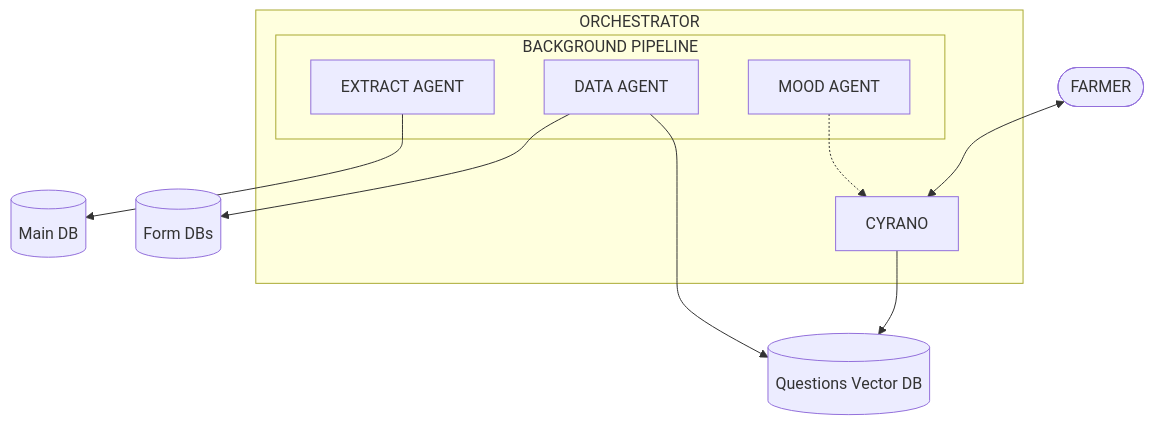
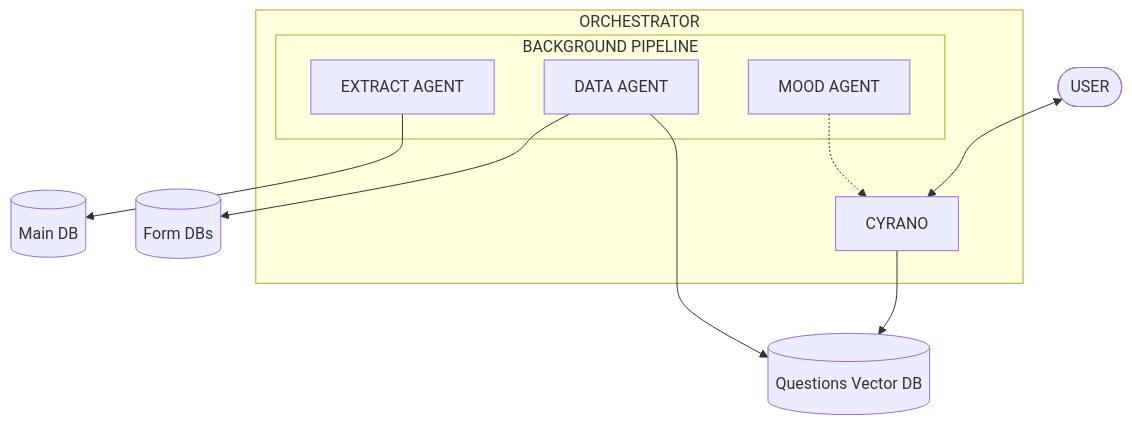
Before and after one commit to deepdmk/cyrano-agent: the diagram in README.md, drawn with Mermaid. The commit also changed other lines of this file, not shown here.

````diff
--- a/README.md
+++ b/README.md
@@ -18,25 +29,25 @@
 ```mermaid
 graph TB
-    Farmer(["FARMER"])
+    User(["USER"])
 
     subgraph Orchestrator["ORCHESTRATOR"]
         Cyrano["CYRANO"]
 
         subgraph Pipeline["BACKGROUND PIPELINE"]
             ExtractAgent["EXTRACT AGENT"]
             DataAgent["DATA AGENT"]
             MoodAgent["MOOD AGENT"]
         end
     end
 
     QuestionsDB[("Questions Vector DB")]
     MainDB[("Main DB")]
     FormDBs[("Form DBs")]
 
-    Farmer <--> Cyrano
+    User <--> Cyrano
     Cyrano --> QuestionsDB
     ExtractAgent --> MainDB
     DataAgent --> FormDBs
     DataAgent --> QuestionsDB
     MoodAgent -.-> Cyrano
 ```
````
